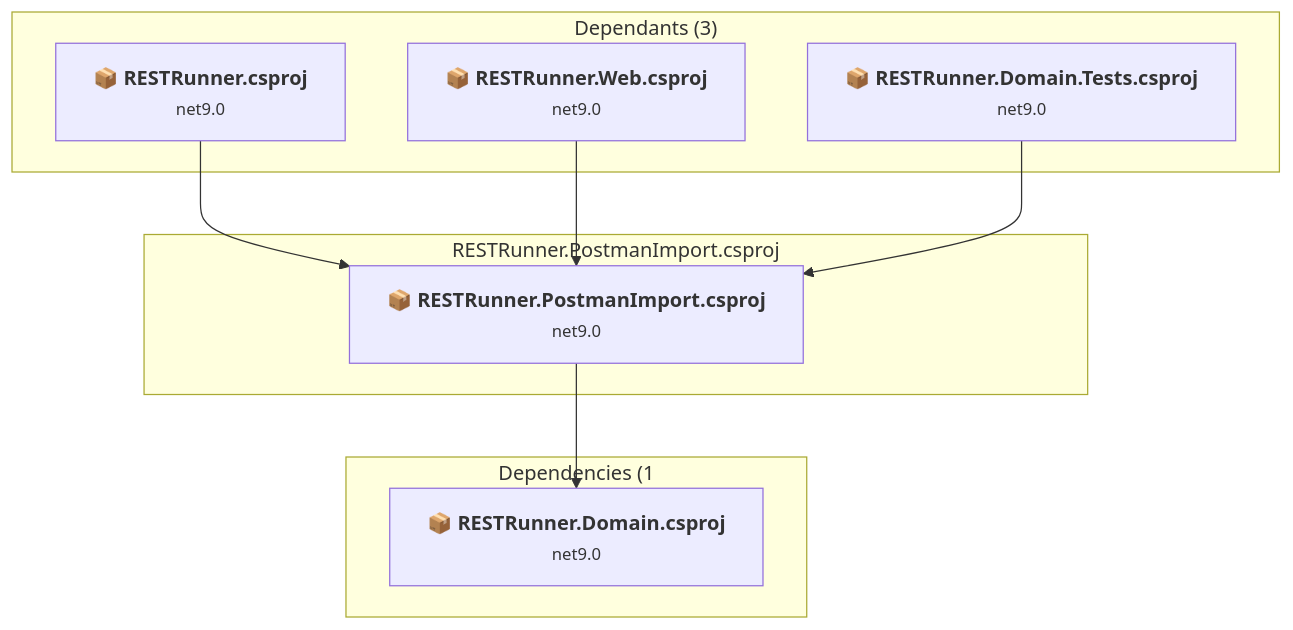
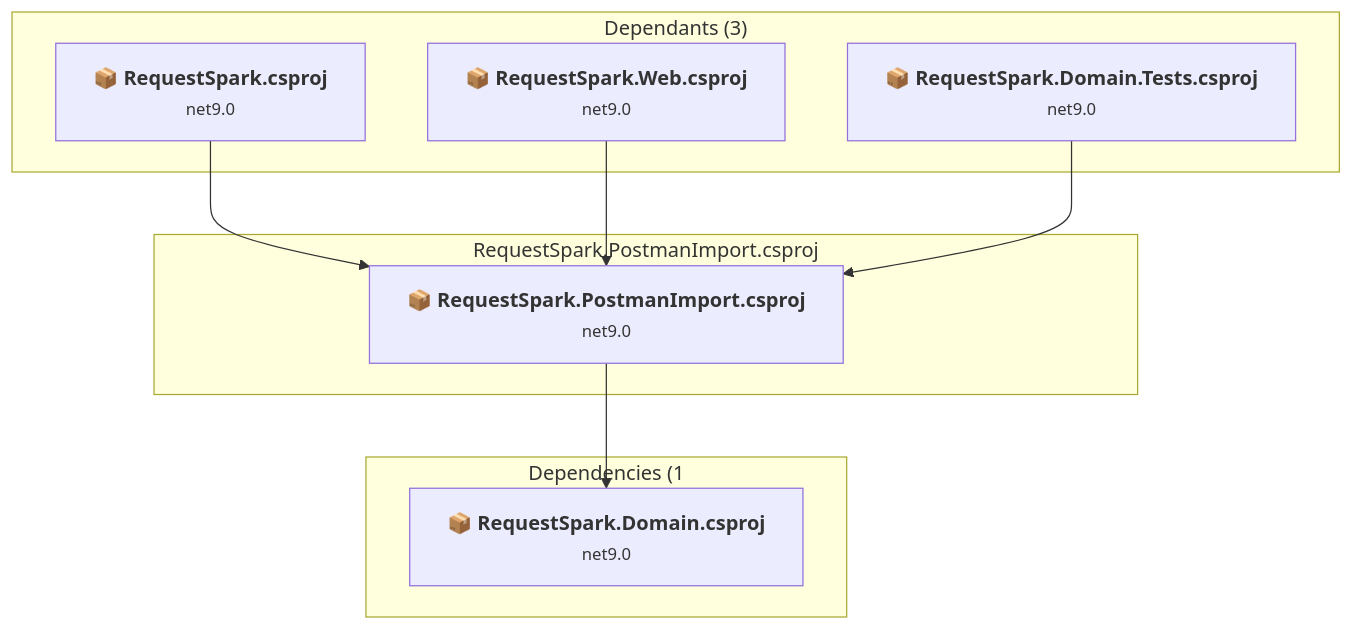
Before and after one commit to markhazleton/RESTRunner: the fourth of 7 diagrams in .github/upgrades/assessment.md, drawn with Mermaid. The commit also changed other lines of this file and 326 other files, not shown here.

First line of the commit message:
feat(rebrand): rename RESTRunner to RequestSpark (#11)

````diff
--- a/.github/upgrades/assessment.md
+++ b/.github/upgrades/assessment.md
@@ -281,24 +283,24 @@
 ```mermaid
 flowchart TB
     subgraph upstream["Dependants (3)"]
-        P1["<b>📦&nbsp;RESTRunner.csproj</b><br/><small>net9.0</small>"]
-        P5["<b>📦&nbsp;RESTRunner.Web.csproj</b><br/><small>net9.0</small>"]
-        P6["<b>📦&nbsp;RESTRunner.Domain.Tests.csproj</b><br/><small>net9.0</small>"]
-        click P1 "#restrunnerrestrunnercsproj"
-        click P5 "#restrunnerwebrestrunnerwebcsproj"
-        click P6 "#restrunnerdomaintestsrestrunnerdomaintestscsproj"
+        P1["<b>📦&nbsp;RequestSpark.csproj</b><br/><small>net9.0</small>"]
+        P5["<b>📦&nbsp;RequestSpark.Web.csproj</b><br/><small>net9.0</small>"]
+        P6["<b>📦&nbsp;RequestSpark.Domain.Tests.csproj</b><br/><small>net9.0</small>"]
+        click P1 "#requestsparkrequestsparkcsproj"
+        click P5 "#requestsparkwebrequestsparkwebcsproj"
+        click P6 "#requestsparkdomaintestsrequestsparkdomaintestscsproj"
     end
-    subgraph current["RESTRunner.PostmanImport.csproj"]
-        MAIN["<b>📦&nbsp;RESTRunner.PostmanImport.csproj</b><br/><small>net9.0</small>"]
-        click MAIN "#restrunnerpostmanimportrestrunnerpostmanimportcsproj"
+    subgraph current["RequestSpark.PostmanImport.csproj"]
+        MAIN["<b>📦&nbsp;RequestSpark.PostmanImport.csproj</b><br/><small>net9.0</small>"]
+        click MAIN "#requestsparkpostmanimportrequestsparkpostmanimportcsproj"
     end
     subgraph downstream["Dependencies (1"]
-        P2["<b>📦&nbsp;RESTRunner.Domain.csproj</b><br/><small>net9.0</small>"]
-        click P2 "#restrunnerdomainrestrunnerdomaincsproj"
+        P2["<b>📦&nbsp;RequestSpark.Domain.csproj</b><br/><small>net9.0</small>"]
+        click P2 "#requestsparkdomainrequestsparkdomaincsproj"
     end
     P1 --> MAIN
     P5 --> MAIN
     P6 --> MAIN
     MAIN --> P2
 
 ```
````
